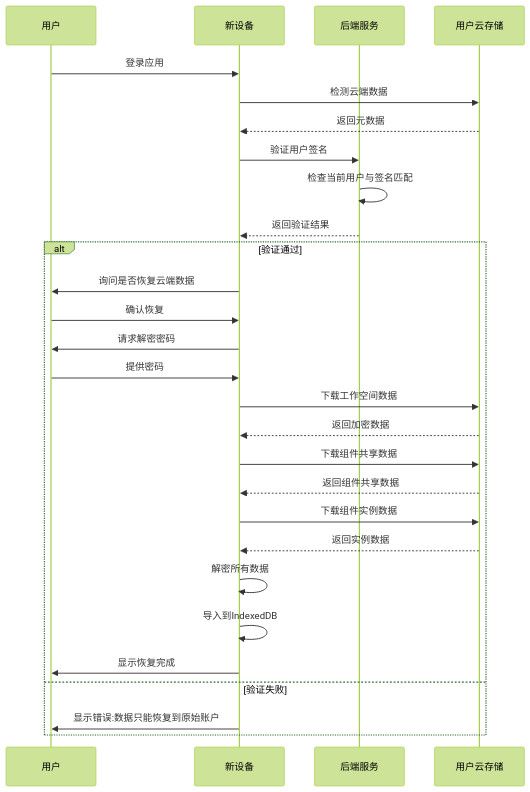
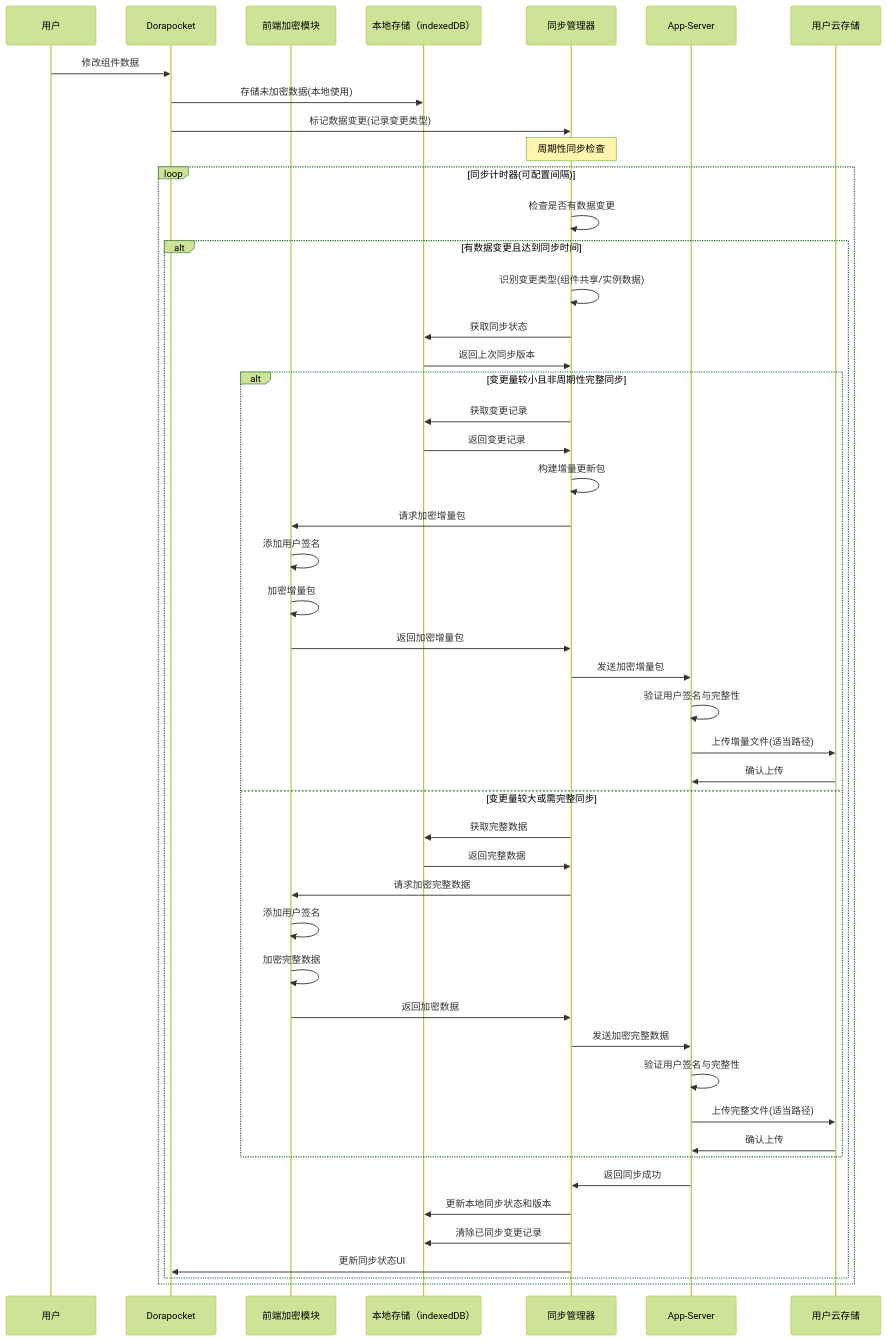
Before and after one commit to yingjianzh/iodraw-files: the diagram in all/未命名-34.md, drawn with Mermaid (forest theme).

Commit message:
2025-04-17 16:22:14 update

````diff
--- a/all/未命名-34.md
+++ b/all/未命名-34.md
@@ -1,38 +1,56 @@
 ```mermaid
 sequenceDiagram
     participant User as 用户
-    participant NewDevice as 新设备
-    participant Server as 后端服务
-    participant Cloud as 用户云存储
+    participant Frontend as Dorapocket
+    participant CryptoM as 前端加密模块
+    participant LocalDB as 本地存储（indexedDB）
+    participant SyncM as 同步管理器
+    participant AppServer as App-Server
+    participant UserCloud as 用户云存储
     
-    User->>NewDevice: 登录应用
-    NewDevice->>Cloud: 检测云端数据
-    Cloud-->>NewDevice: 返回元数据
+    User->>Frontend: 修改组件数据
+    Frontend->>LocalDB: 存储未加密数据(本地使用)
+    Frontend->>SyncM: 标记数据变更(记录变更类型)
     
-    NewDevice->>Server: 验证用户签名
-    Server->>Server: 检查当前用户与签名匹配
-    Server-->>NewDevice: 返回验证结果
+    note over SyncM: 周期性同步检查
     
-    alt 验证通过
-        NewDevice->>User: 询问是否恢复云端数据
-        User->>NewDevice: 确认恢复
+    loop 同步计时器(可配置间隔)
+        SyncM->>SyncM: 检查是否有数据变更
         
-        NewDevice->>User: 请求解密密码
-        User->>NewDevice: 提供密码
-        
-        NewDevice->>Cloud: 下载工作空间数据
-        Cloud-->>NewDevice: 返回加密数据
-        
-        NewDevice->>Cloud: 下载组件共享数据
-        Cloud-->>NewDevice: 返回组件共享数据
-        
-        NewDevice->>Cloud: 下载组件实例数据
-        Cloud-->>NewDevice: 返回实例数据
-        
-        NewDevice->>NewDevice: 解密所有数据
-        NewDevice->>NewDevice: 导入到IndexedDB
-        NewDevice->>User: 显示恢复完成
-    else 验证失败
-        NewDevice->>User: 显示错误:数据只能恢复到原始账户
+        alt 有数据变更且达到同步时间
+            SyncM->>SyncM: 识别变更类型(组件共享/实例数据)
+            SyncM->>LocalDB: 获取同步状态
+            LocalDB->>SyncM: 返回上次同步版本
+            
+            alt 变更量较小且非周期性完整同步
+                SyncM->>LocalDB: 获取变更记录
+                LocalDB->>SyncM: 返回变更记录
+                SyncM->>SyncM: 构建增量更新包
+                SyncM->>CryptoM: 请求加密增量包
+                CryptoM->>CryptoM: 添加用户签名
+                CryptoM->>CryptoM: 加密增量包
+                CryptoM->>SyncM: 返回加密增量包
+                SyncM->>AppServer: 发送加密增量包
+                AppServer->>AppServer: 验证用户签名与完整性
+                AppServer->>UserCloud: 上传增量文件(适当路径)
+                UserCloud->>AppServer: 确认上传
+            else 变更量较大或需完整同步
+                SyncM->>LocalDB: 获取完整数据
+                LocalDB->>SyncM: 返回完整数据
+                SyncM->>CryptoM: 请求加密完整数据
+                CryptoM->>CryptoM: 添加用户签名
+                CryptoM->>CryptoM: 加密完整数据
+                CryptoM->>SyncM: 返回加密数据
+                SyncM->>AppServer: 发送加密完整数据
+                AppServer->>AppServer: 验证用户签名与完整性
+                AppServer->>UserCloud: 上传完整文件(适当路径)
+                UserCloud->>AppServer: 确认上传
+            end
+            
+            AppServer->>SyncM: 返回同步成功
+            SyncM->>LocalDB: 更新本地同步状态和版本
+            SyncM->>LocalDB: 清除已同步变更记录
+            SyncM->>Frontend: 更新同步状态UI
+        end
     end
 ```
````
